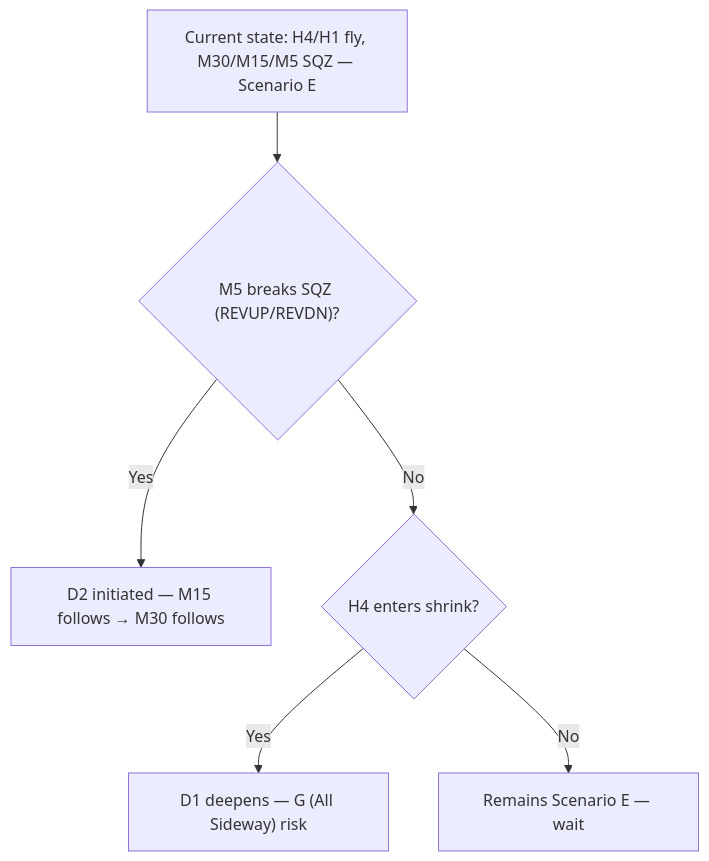
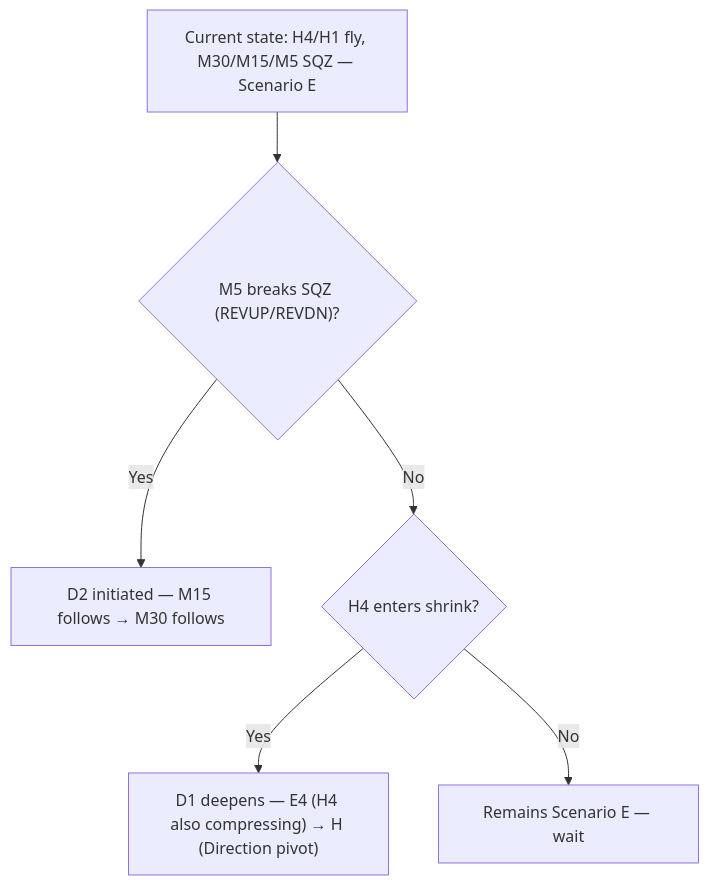
Before and after one commit to Terrypang89/BB_MTF_M15_STRATEGY: diagram 13 of 25 in references/backtest_chart_analysis.md, drawn with Mermaid. The commit also changed other lines of this file, not shown here.

````diff
--- a/references/backtest_chart_analysis.md
+++ b/references/backtest_chart_analysis.md
@@ -2187,9 +2190,9 @@
 ```mermaid
 flowchart TD
     A["Current state: H4/H1 fly, M30/M15/M5 SQZ — Scenario E"]
     A --> B{"M5 breaks SQZ (REVUP/REVDN)?"}
     B -->|Yes| C["D2 initiated — M15 follows → M30 follows"]
     B -->|No| D{"H4 enters shrink?"}
-    D -->|Yes| E["D1 deepens — G (All Sideway) risk"]
+    D -->|Yes| E["D1 deepens — E4 (H4 also compressing) → H (Direction pivot)"]
     D -->|No| F["Remains Scenario E — wait"]
 ```
````
